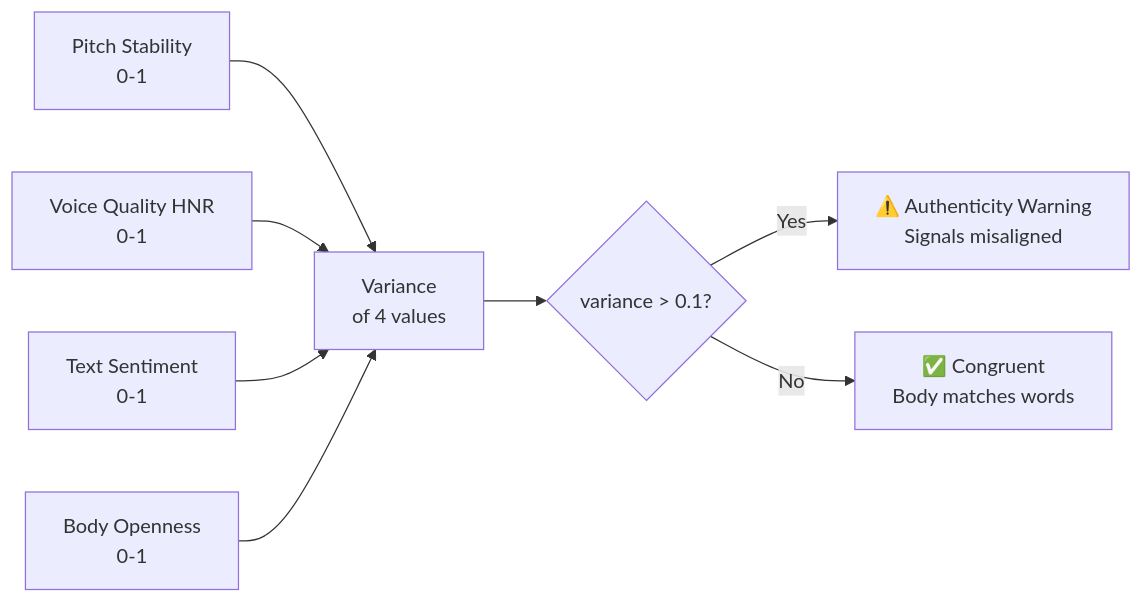
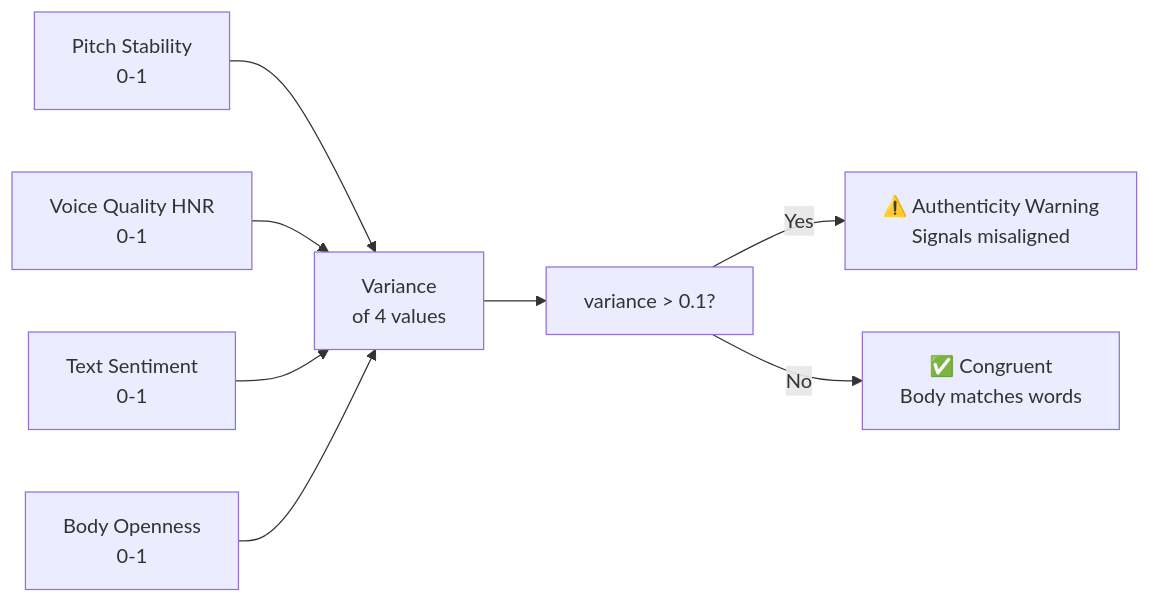
One commit to yashmagar01/The-Future-You changed the eighth of 18 diagrams in README.md. Above: the diagram before and after it, drawn with Mermaid. The commit also changed other lines of this file, not shown here.

First line of the commit message:
docs: fix mermaid diagrams, update content, add plain-English captions

````diff
--- a/README.md
+++ b/README.md
@@ -409,11 +432,11 @@
 ```mermaid
 graph LR
     A[Pitch Stability\n0-1] --> D[Variance\nof 4 values]
     B[Voice Quality HNR\n0-1] --> D
     C[Text Sentiment\n0-1] --> D
     E[Body Openness\n0-1] --> D
 
-    D --> F{variance > 0.1?}
+    D --> F["variance > 0.1?"]
     F -->|Yes| G[⚠️ Authenticity Warning\nSignals misaligned]
     F -->|No| H[✅ Congruent\nBody matches words]
 ```
````
